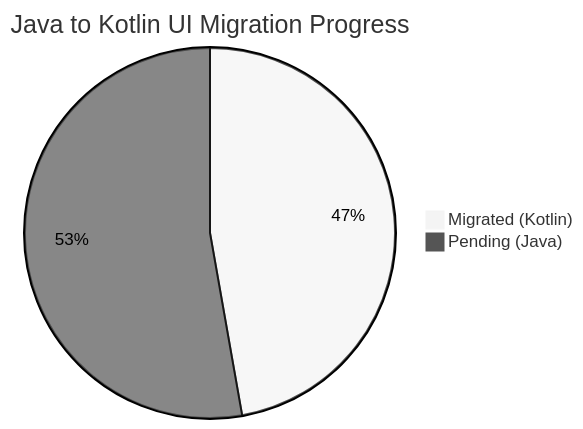
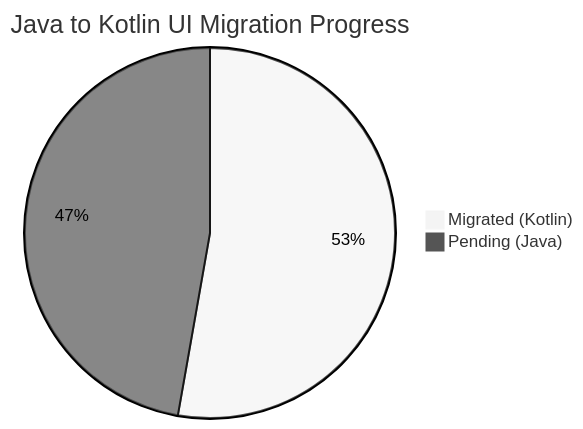
One commit to solomonrajan/cashledger changed the second of 2 diagrams in README.md. Above: the diagram before and after it, drawn with Mermaid (neutral theme). The commit also changed other lines of this file, not shown here.

Commit message:
docs: update kotlin migration status for wallet and category editors

````diff
--- a/README.md
+++ b/README.md
@@ -158,5 +158,5 @@
 ```mermaid
 pie title Java to Kotlin UI Migration Progress
-    "Migrated (Kotlin)" : 17
-    "Pending (Java)" : 19
+    "Migrated (Kotlin)" : 19
+    "Pending (Java)" : 17
 ```
````
